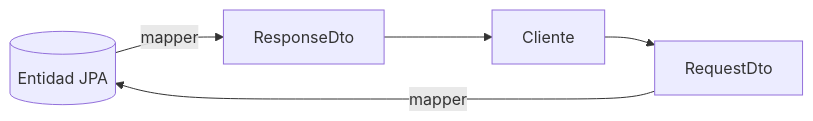
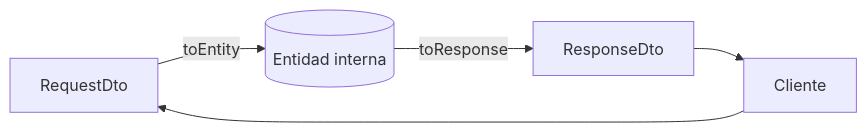
Before and after one commit to obiticadev/DAM-2025-26: the first of 3 diagrams in Programación/Aprendizaje autodidacta/11_APIRESTMasterclass/teoria/07_DTOs_y_Mapeo.md, drawn with Mermaid. The commit also changed other lines of this file and 40 other files, not shown here.

````diff
--- a/Programación/Aprendizaje autodidacta/11_APIRESTMasterclass/teoria/07_DTOs_y_Mapeo.md
+++ b/Programación/Aprendizaje autodidacta/11_APIRESTMasterclass/teoria/07_DTOs_y_Mapeo.md
@@ -10,7 +34,7 @@
 ```mermaid
 flowchart LR
-    DB[(Entidad JPA)] -->|mapper| OUT[ResponseDto]
-    IN[RequestDto] -->|mapper| DB
+    IN[RequestDto] -->|toEntity| DB[(Entidad interna)]
+    DB -->|toResponse| OUT[ResponseDto]
     OUT --> C[Cliente]
     C --> IN
 ```
````
